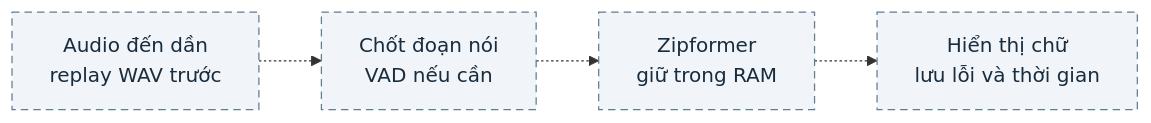
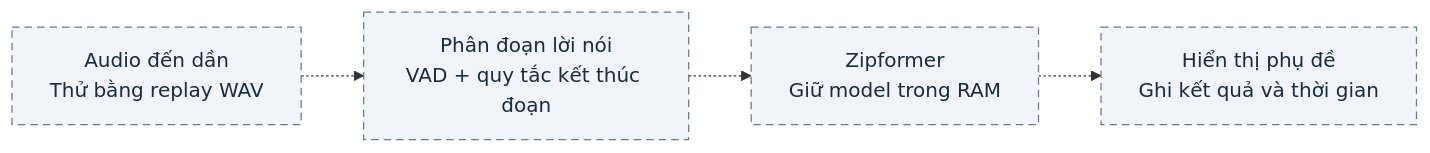
Before and after one commit to Violetta147/PBL6: the diagram in reports/diagrams/slides_next.mmd, drawn with Mermaid. The commit also changed 5 other files, not shown here.

Commit message:
docs: clarify pipeline labels and distinguish supporting diagram text

```diff
--- a/reports/diagrams/slides_next.mmd
+++ b/reports/diagrams/slides_next.mmd
@@ -1,8 +1,8 @@
 flowchart LR
-    A["Audio đến dần<br/>replay WAV trước"]
-    V["Chốt đoạn nói<br/>VAD nếu cần"]
-    M["Zipformer<br/>giữ trong RAM"]
-    T["Hiển thị chữ<br/>lưu lỗi và thời gian"]
+    A["Audio đến dần<br/>Thử bằng replay WAV"]
+    V["Phân đoạn lời nói<br/>VAD + quy tắc kết thúc đoạn"]
+    M["Zipformer<br/>Giữ model trong RAM"]
+    T["Hiển thị phụ đề<br/>Ghi kết quả và thời gian"]
     A -.-> V -.-> M -.-> T
     classDef planned fill:#f1f5f9,stroke:#607d91,stroke-dasharray:6 4,color:#192c3d;
     class A,V,M,T planned;
```
